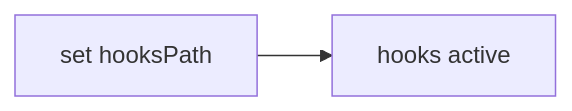
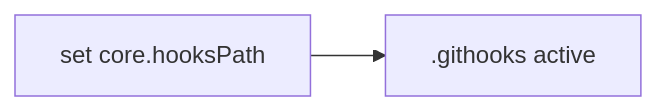
Before and after one commit to cptntrps/bookmatch: the third of 5 diagrams in docs/3_WORKFLOWS.md, drawn with Mermaid. The commit also changed other lines of this file and 5 other files, not shown here.

````diff
--- a/docs/3_WORKFLOWS.md
+++ b/docs/3_WORKFLOWS.md
@@ -122,4 +90,4 @@
 ```mermaid
 graph LR
-    A[set hooksPath] --> B[hooks active]
+    A[set core.hooksPath] --> B[.githooks active]
 ```
````
